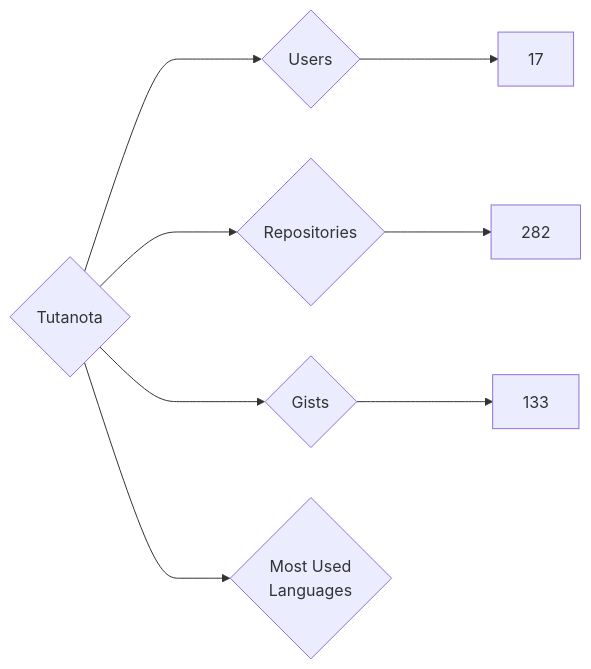
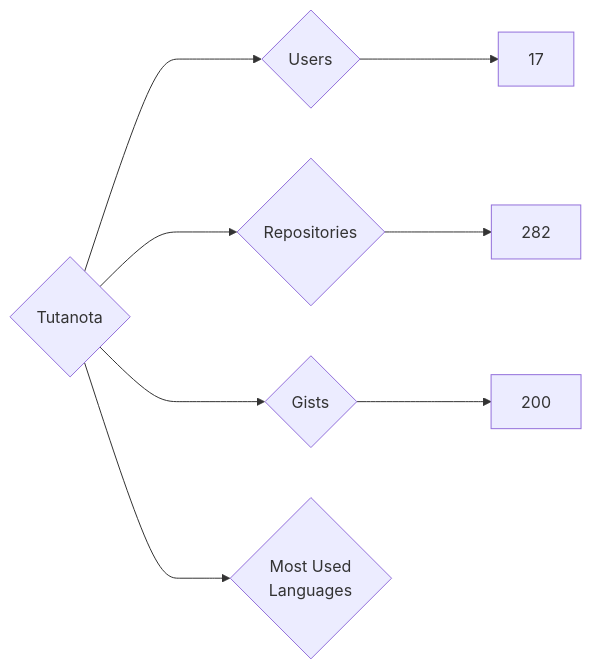
One commit to nenadzaric/insiders changed the diagram in targets/Tutanota/README.md. Above: the diagram before and after it, drawn with Mermaid. The commit also changed 1342 other files, not shown here.

````diff
--- a/targets/Tutanota/README.md
+++ b/targets/Tutanota/README.md
@@ -3,8 +3,8 @@
 ```mermaid
 graph LR
 COMPANY_NAME{Tutanota}
 COMPANY_NAME ---> U{Users} ---> UN[17]
 COMPANY_NAME ---> R{Repositories} ---> RN[282]
-COMPANY_NAME ---> G{Gists} ---> GN[133]
+COMPANY_NAME ---> G{Gists} ---> GN[200]
 COMPANY_NAME ---> ML{Most Used<br>Languages}
 ```
````
